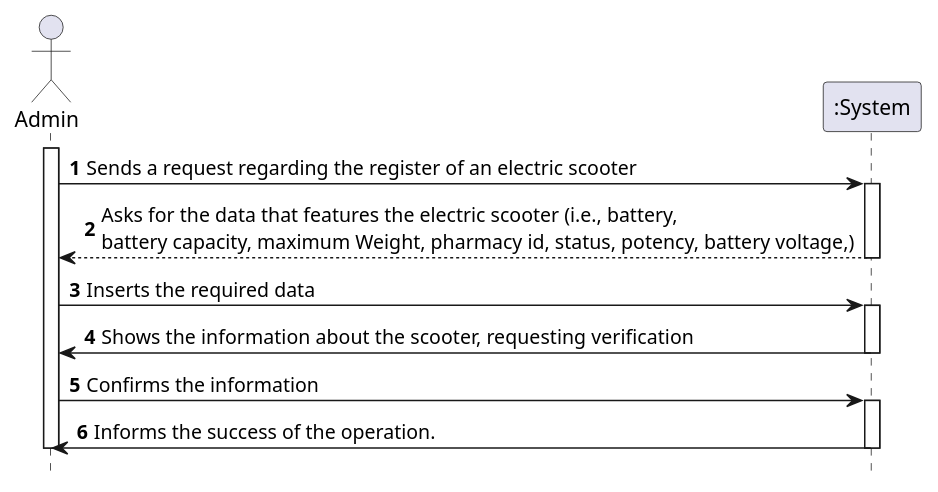
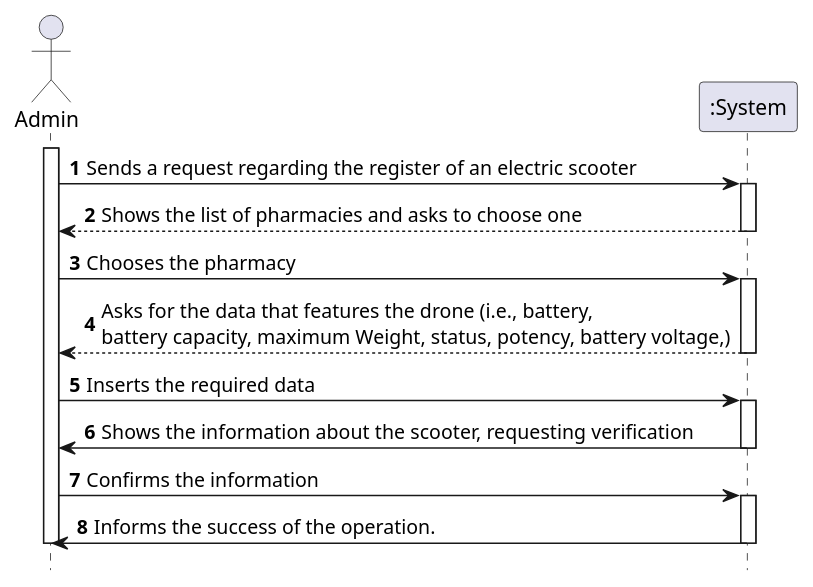
One commit to tiagoavcosta25/LAPR3 changed the diagram in docs/Iteration 2/Scooter Management/US21_RegisterScooter/Refinement/US21_SSD.puml. Above: the diagram before and after it, drawn with PlantUML. The commit also changed 19 other files, not shown here.

```diff
--- a/docs/Iteration 2/Scooter Management/US21_RegisterScooter/Refinement/US21_SSD.puml
+++ b/docs/Iteration 2/Scooter Management/US21_RegisterScooter/Refinement/US21_SSD.puml
@@ -1,28 +1,34 @@
 @startuml
 autonumber
 hide footbox
 
 actor "Admin" as ADMIN
 
 participant ":System" as SYST
 
 activate ADMIN
 
 ADMIN -> SYST : Sends a request regarding the register of an electric scooter
 activate SYST
-SYST --> ADMIN : Asks for the data that features the electric scooter (i.e., battery, \nbattery capacity, maximum Weight, pharmacy id, status, potency, battery voltage,)
+
+SYST --> ADMIN : Shows the list of pharmacies and asks to choose one
+deactivate SYST
+ADMIN -> SYST : Chooses the pharmacy
+activate SYST
+
+SYST --> ADMIN : Asks for the data that features the drone (i.e., battery, \nbattery capacity, maximum Weight, status, potency, battery voltage,)
 deactivate SYST
 
 ADMIN -> SYST : Inserts the required data
 activate SYST
 SYST -> ADMIN : Shows the information about the scooter, requesting verification
 deactivate SYST
 
 ADMIN -> SYST : Confirms the information
 activate SYST
 SYST -> ADMIN : Informs the success of the operation.
 deactivate SYST
 
 deactivate ADMIN
 
 @enduml
```
